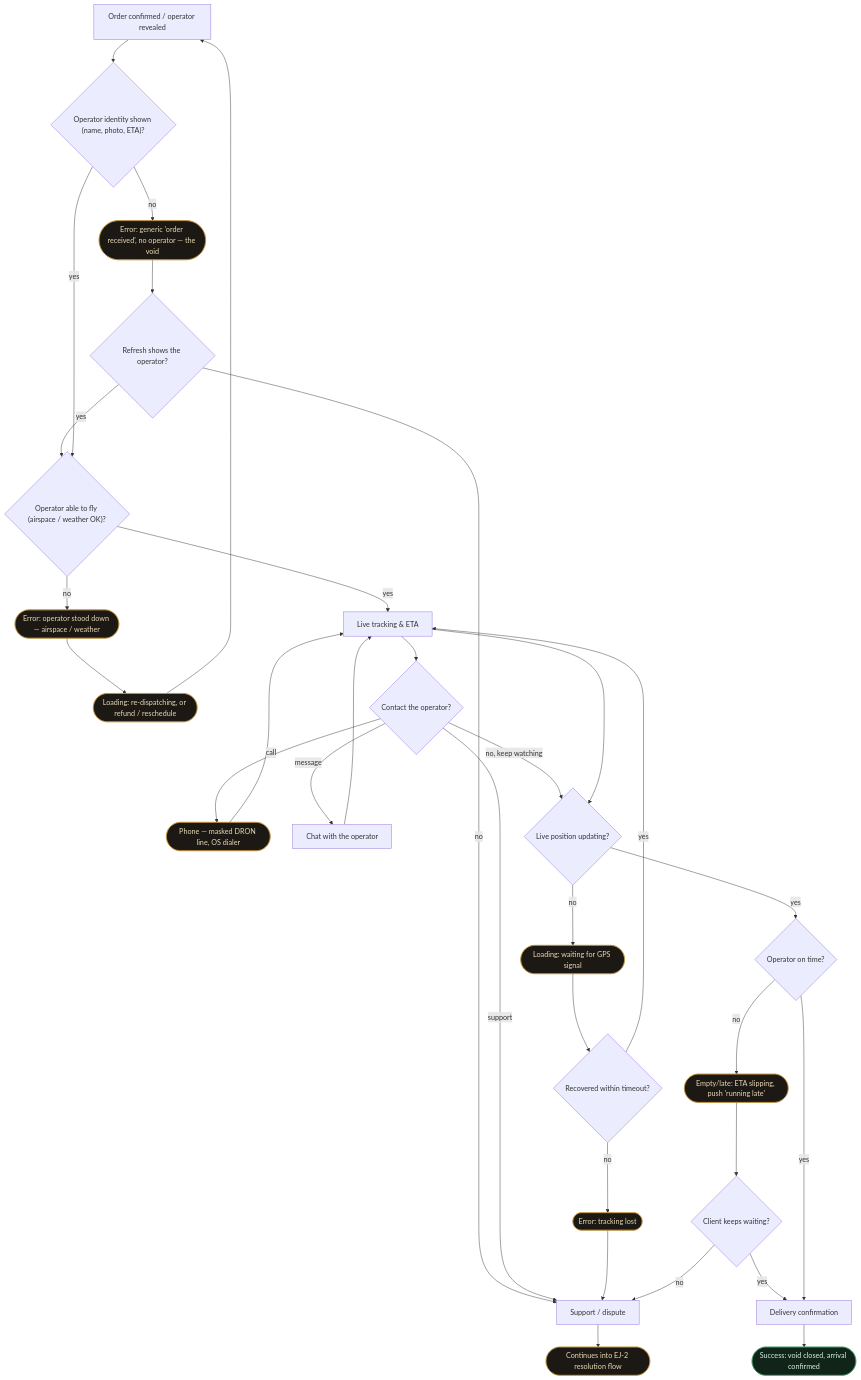
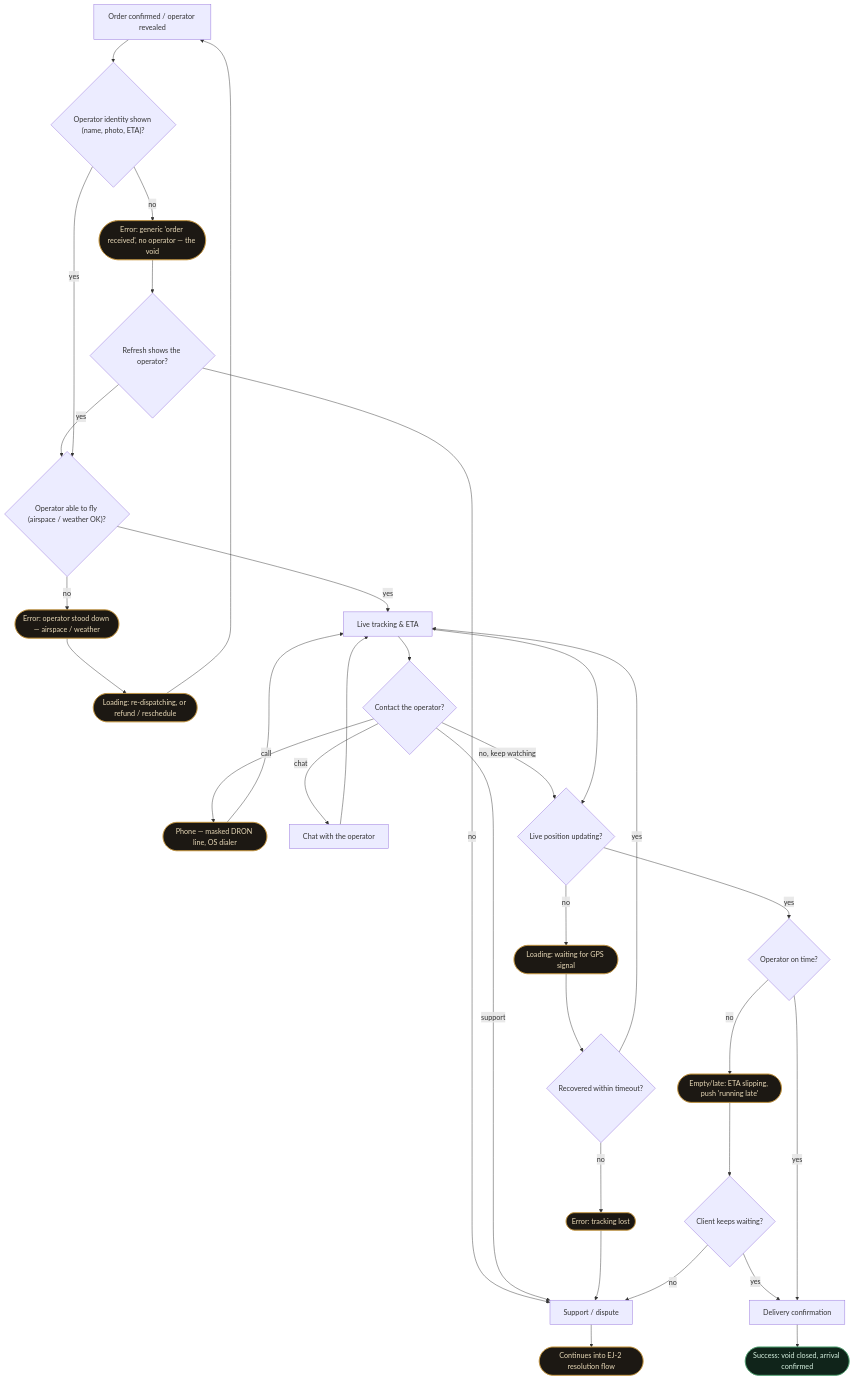
Before and after one commit to OlenkaBozhenko/DRON: the fifth of 13 diagrams in flows.md, drawn with Mermaid. The commit also changed other lines of this file and 13 other files, not shown here.

````diff
--- a/flows.md
+++ b/flows.md
@@ -233,37 +233,37 @@
 ```mermaid
 flowchart TD
   P["Order confirmed / operator revealed"] --> D1{"Operator identity shown (name, photo, ETA)?"}
   D1 -->|no| E1(["Error: generic 'order received', no operator — the void"]):::state
   E1 --> D1b{"Refresh shows the operator?"}
   D1b -->|yes| D1c
   D1b -->|no| GH["Support / dispute"]
   D1 -->|yes| D1c{"Operator able to fly (airspace / weather OK)?"}
   D1c -->|no| AB(["Error: operator stood down — airspace / weather"]):::state
   AB --> RDx(["Loading: re-dispatching, or refund / reschedule"]):::state
   RDx --> P
   D1c -->|yes| T["Live tracking & ETA"]
   T --> DC{"Contact the operator?"}
   DC -->|call| CALL(["Phone — masked DRON line, OS dialer"]):::state
-  DC -->|message| CH["Chat with the operator"]
+  DC -->|chat| CH["Chat with the operator"]
   DC -->|support| GH
   DC -->|no, keep watching| D2
   CALL --> T
   CH --> T
   T --> D2{"Live position updating?"}
   D2 -->|no| L1(["Loading: waiting for GPS signal"]):::state
   L1 --> D3{"Recovered within timeout?"}
   D3 -->|no| E2(["Error: tracking lost"]):::state
   E2 --> GH
   D3 -->|yes| T
   D2 -->|yes| D4{"Operator on time?"}
   D4 -->|no| E3(["Empty/late: ETA slipping, push 'running late'"]):::state
   E3 --> D5{"Client keeps waiting?"}
   D5 -->|no| GH
   D5 -->|yes| AR["Delivery confirmation"]
   D4 -->|yes| AR
   AR --> OK(["Success: void closed, arrival confirmed"]):::done
   GH --> X2(["Continues into EJ-2 resolution flow"]):::state
   classDef state fill:#1c1813,stroke:#c4943a,color:#e8d9b8;
   classDef dead fill:#241313,stroke:#e05252,color:#f0d6d6;
   classDef done fill:#10241a,stroke:#4a9e6b,color:#d6f0e0;
 ```
````
